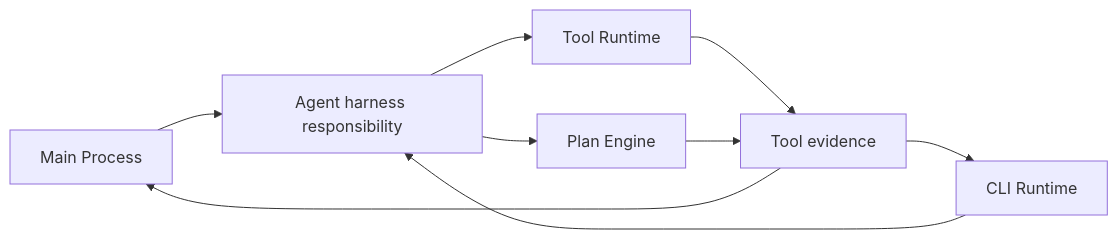
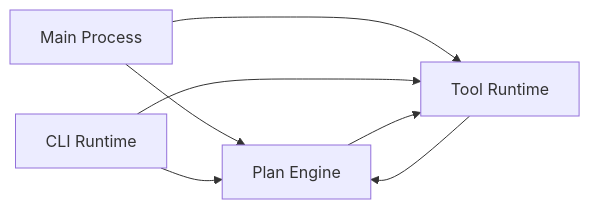
One commit to martinbechard/gemma_code changed the third of 10 diagrams in docs/wiki/subsystems/agent-harness.md. Above: the diagram before and after it, drawn with Mermaid. The commit also changed other lines of this file, not shown here.

Commit message:
Fold harness diagrams into owning sections

````diff
--- a/docs/wiki/subsystems/agent-harness.md
+++ b/docs/wiki/subsystems/agent-harness.md
@@ -75,11 +109,9 @@
 ```mermaid
 flowchart LR
-  MainProcess["Main Process"] --> SharedHarness["Agent harness responsibility"]
-  CliRuntime["CLI Runtime"] --> SharedHarness
-  SharedHarness --> ToolRuntime["Tool Runtime"]
-  SharedHarness --> PlanEngine["Plan Engine"]
-  ToolRuntime --> Evidence["Tool evidence"]
-  PlanEngine --> Evidence
-  Evidence --> MainProcess
-  Evidence --> CliRuntime
+  MainProcess["Main Process"] --> PlanEngine["Plan Engine"]
+  MainProcess --> ToolRuntime["Tool Runtime"]
+  CliRuntime["CLI Runtime"] --> PlanEngine
+  CliRuntime --> ToolRuntime
+  PlanEngine --> ToolRuntime
+  ToolRuntime --> PlanEngine
 ```
````
